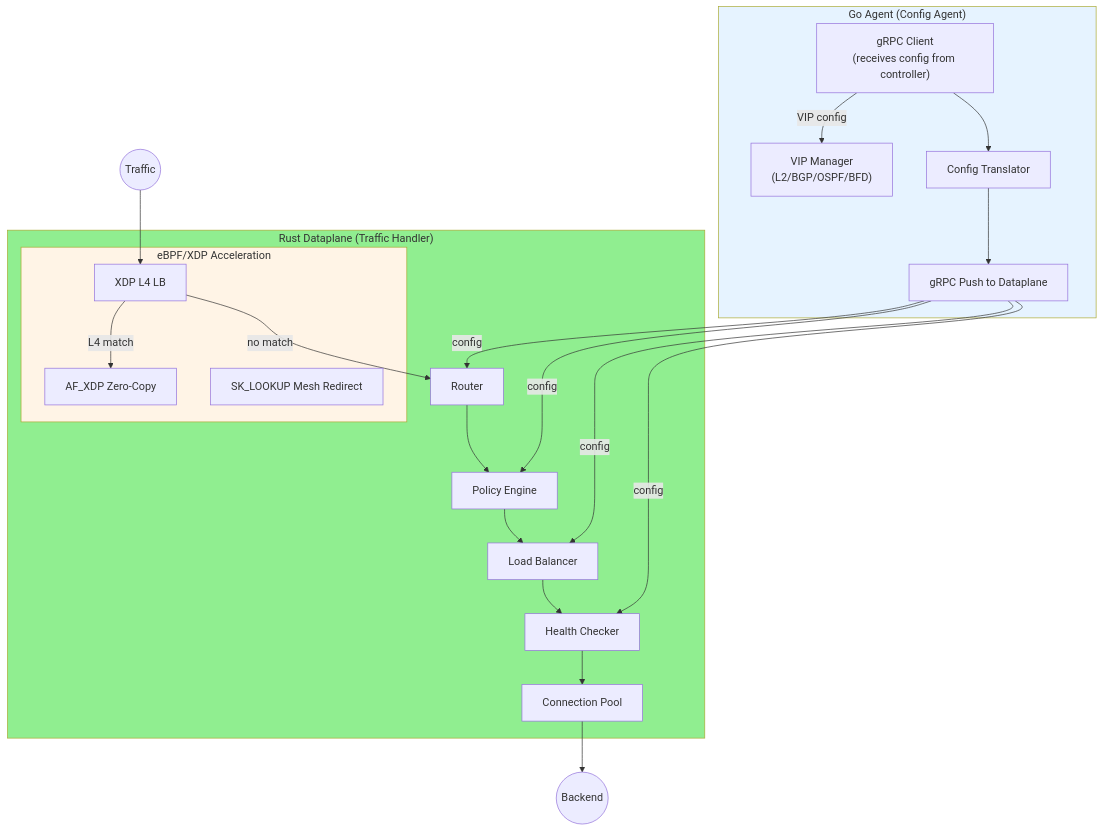
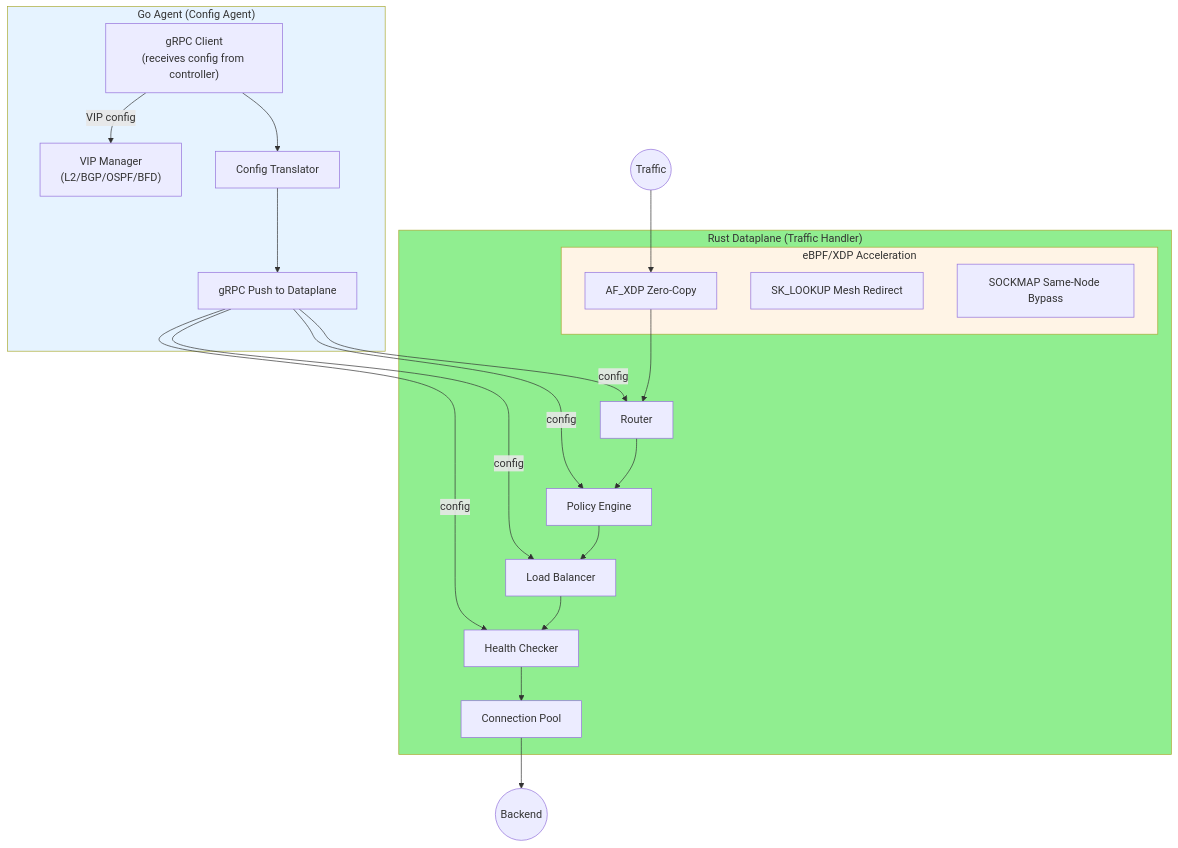
The sixth of 9 diagrams in docs/architecture/overview.md (azrtydxb/novaedge), drawn with Mermaid before and after one commit. The commit also changed other lines of this file and 37 other files, not shown here.

````diff
--- a/docs/architecture/overview.md
+++ b/docs/architecture/overview.md
@@ -180,41 +180,40 @@
 ```mermaid
 flowchart TB
     subgraph GoAgent["Go Agent (Config Agent)"]
         GC["gRPC Client<br/>(receives config from controller)"]
         VIP["VIP Manager<br/>(L2/BGP/OSPF/BFD)"]
         TRANSLATOR["Config Translator"]
         GRPC_PUSH["gRPC Push to Dataplane"]
     end
 
     subgraph RustDP["Rust Dataplane (Traffic Handler)"]
         RT["Router"]
         LB["Load Balancer"]
         HC["Health Checker"]
         POL["Policy Engine"]
         POOL["Connection Pool"]
 
         subgraph eBPF["eBPF/XDP Acceleration"]
-            XDP["XDP L4 LB"]
             AFXDP["AF_XDP Zero-Copy"]
             SKLOOKUP["SK_LOOKUP Mesh Redirect"]
+            SOCKMAP["SOCKMAP Same-Node Bypass"]
         end
     end
 
     GC --> TRANSLATOR
     TRANSLATOR --> GRPC_PUSH
     GRPC_PUSH -->|"config"| RT & LB & POL & HC
     GC -->|"VIP config"| VIP
 
-    Traffic((Traffic)) --> XDP
-    XDP -->|"L4 match"| AFXDP
-    XDP -->|"no match"| RT
+    Traffic((Traffic)) --> AFXDP
+    AFXDP --> RT
     RT --> POL
     POL --> LB
     LB --> HC
     HC --> POOL
     POOL --> Backend((Backend))
 
     style eBPF fill:#fff4e6
     style GoAgent fill:#e6f3ff
     style RustDP fill:#90EE90
 ```
````
